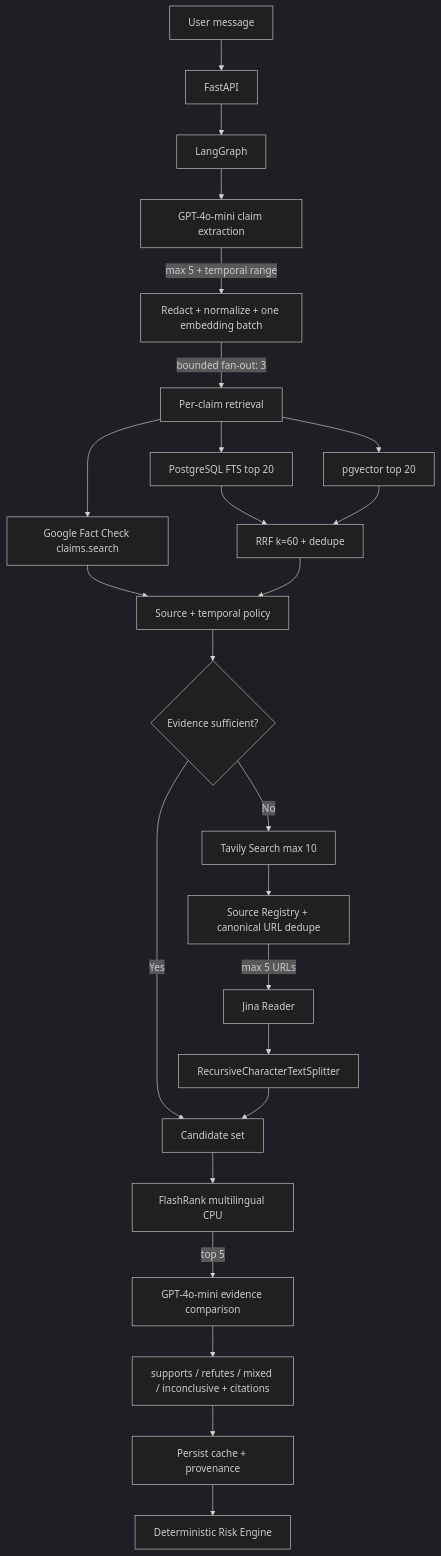
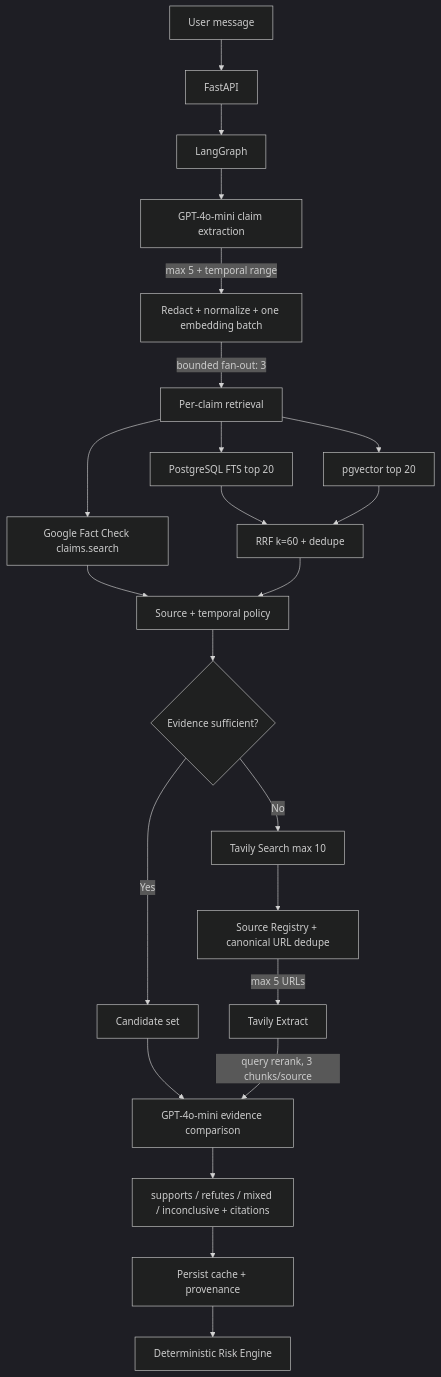
Before and after one commit to Binhdn04/TrustGuard-AI: the fifth of 5 diagrams in docs/01-ARCHITECTURE.md, drawn with Mermaid (dark theme). The commit also changed other lines of this file and 48 other files, not shown here.

````diff
--- a/docs/01-ARCHITECTURE.md
+++ b/docs/01-ARCHITECTURE.md
@@ -286,27 +284,25 @@
 ```mermaid
 flowchart TD
     A[User message] --> B[FastAPI]
     B --> C[LangGraph]
     C --> D[GPT-4o-mini claim extraction]
     D -->|max 5 + temporal range| E[Redact + normalize + one embedding batch]
     E -->|bounded fan-out: 3| F[Per-claim retrieval]
     F --> G[Google Fact Check claims.search]
     F --> H[PostgreSQL FTS top 20]
     F --> I[pgvector top 20]
     H --> J[RRF k=60 + dedupe]
     I --> J
     G --> K[Source + temporal policy]
     J --> K
     K --> L{Evidence sufficient?}
     L -->|Yes| R[Candidate set]
+    R --> T
     L -->|No| M[Tavily Search max 10]
     M --> N[Source Registry + canonical URL dedupe]
-    N -->|max 5 URLs| O[Jina Reader]
-    O --> P[RecursiveCharacterTextSplitter]
-    P --> R
-    R --> S[FlashRank multilingual CPU]
-    S -->|top 5| T[GPT-4o-mini evidence comparison]
+    N -->|max 5 URLs| O[Tavily Extract]
+    O -->|query rerank, 3 chunks/source| T[GPT-4o-mini evidence comparison]
     T --> U[supports / refutes / mixed / inconclusive + citations]
     U --> V[Persist cache + provenance]
     V --> W[Deterministic Risk Engine]
 ```
````
